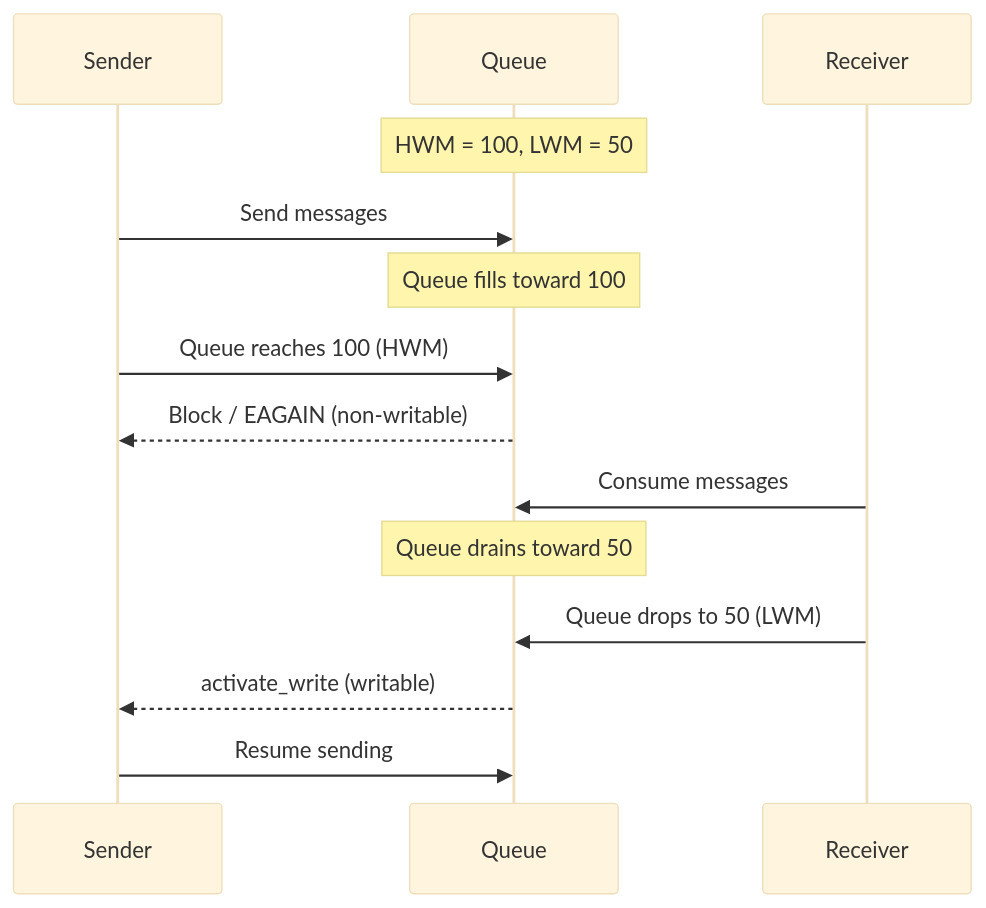
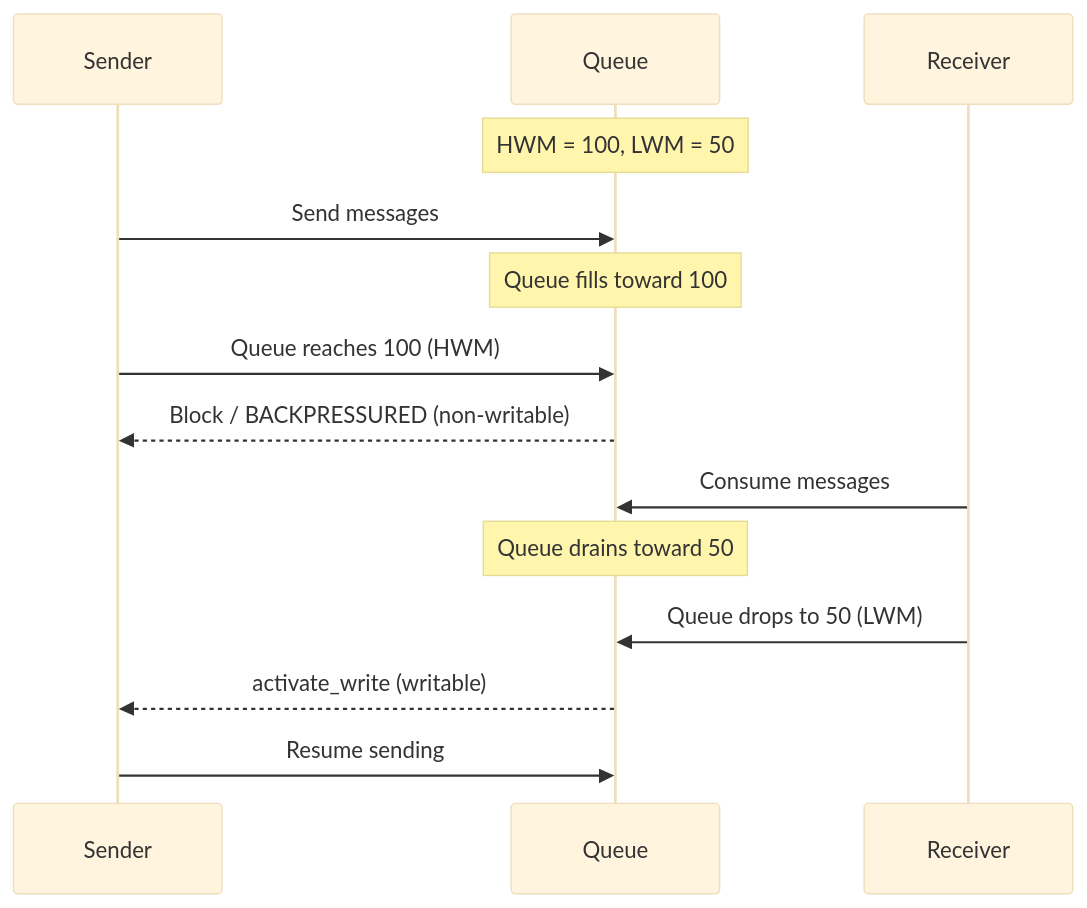
The diagram in doc/guide/10-performance.ko.md (kairos-code-dev/zlink), drawn with Mermaid (base theme) before and after one commit. The commit also changed other lines of this file and 21 other files, not shown here.

````diff
--- a/doc/guide/10-performance.ko.md
+++ b/doc/guide/10-performance.ko.md
@@ -93,19 +93,19 @@
 ```mermaid
 sequenceDiagram
     participant Sender
     participant Queue
     participant Receiver
 
     Note over Queue: HWM = 100, LWM = 50
 
     Sender->>Queue: Send messages
     Note over Queue: Queue fills toward 100
     Sender->>Queue: Queue reaches 100 (HWM)
-    Queue-->>Sender: Block / EAGAIN (non-writable)
+    Queue-->>Sender: Block / BACKPRESSURED (non-writable)
 
     Receiver->>Queue: Consume messages
     Note over Queue: Queue drains toward 50
     Receiver->>Queue: Queue drops to 50 (LWM)
     Queue-->>Sender: activate_write (writable)
     Sender->>Queue: Resume sending
 ```
````
